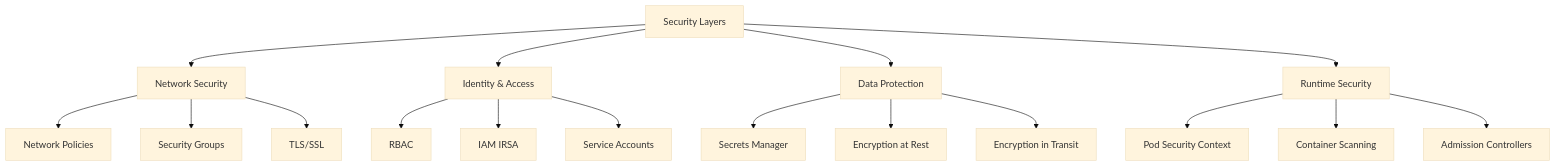
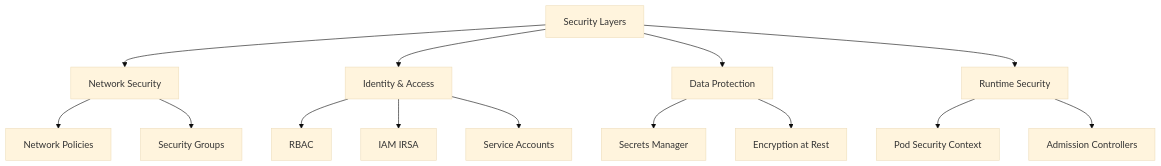
The diagram in README.md (mohamedbstar413/todo-app-pipeline), drawn with Mermaid (base theme) before and after one commit. The commit also changed other lines of this file, not shown here.

````diff
--- a/README.md
+++ b/README.md
@@ -410,23 +297,20 @@
 ```mermaid
 graph TD
     A[Security Layers] --> B[Network Security]
     A --> C[Identity & Access]
     A --> D[Data Protection]
     A --> E[Runtime Security]
 
     B --> B1[Network Policies]
     B --> B2[Security Groups]
-    B --> B3[TLS/SSL]
     
     C --> C1[RBAC]
     C --> C2[IAM IRSA]
     C --> C3[Service Accounts]
     
     D --> D1[Secrets Manager]
     D --> D2[Encryption at Rest]
-    D --> D3[Encryption in Transit]
     
     E --> E1[Pod Security Context]
-    E --> E2[Container Scanning]
     E --> E3[Admission Controllers]
 ```
````
